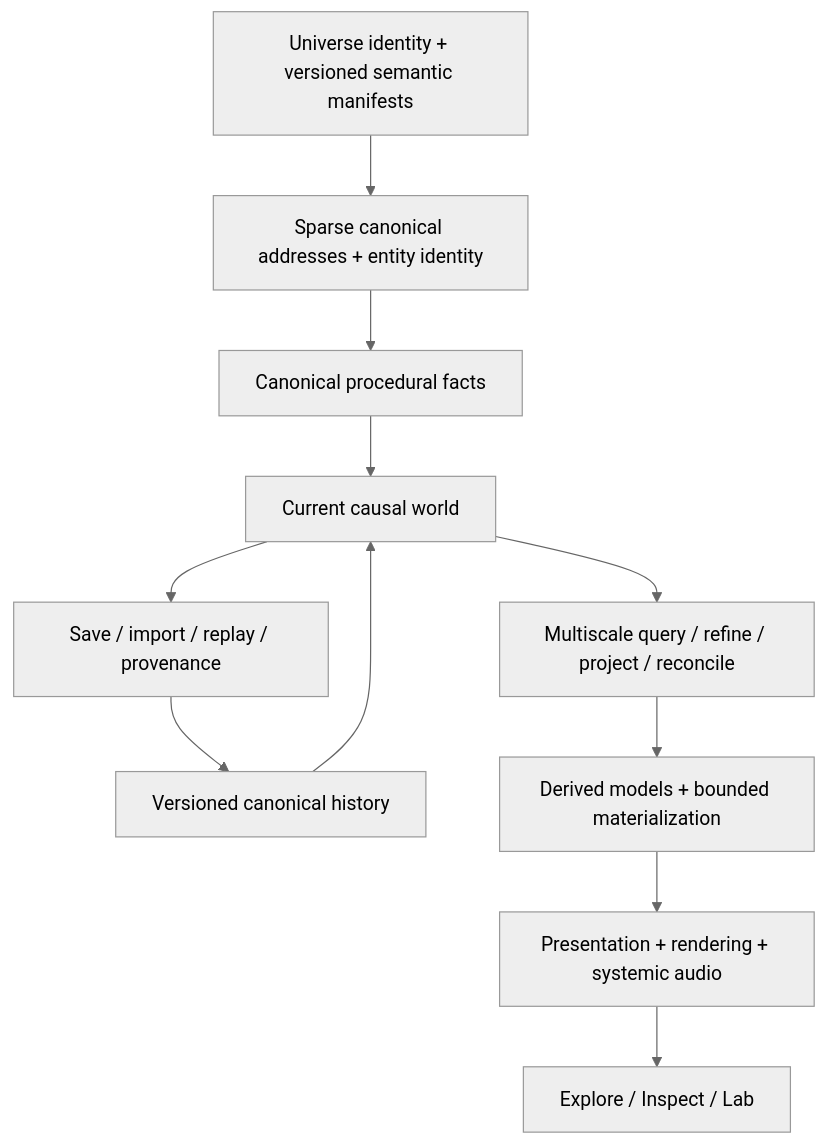
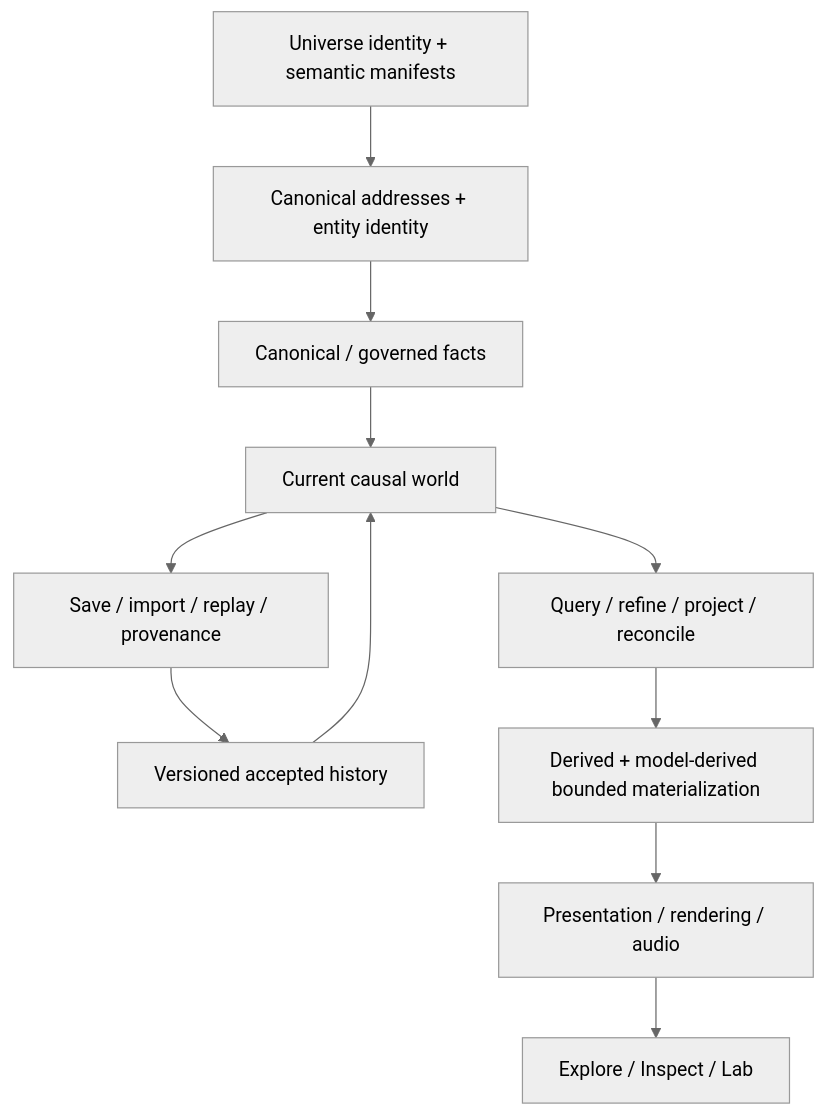
Before and after one commit to VaX1989/One_File_Universe: the diagram in README.md, drawn with Mermaid (neutral theme). The commit also changed other lines of this file, not shown here.

````diff
--- a/README.md
+++ b/README.md
@@ -100,24 +55,24 @@
 ```mermaid
 flowchart TD
-    U["Universe identity + versioned semantic manifests"]
-    A["Sparse canonical addresses + entity identity"]
-    C["Canonical procedural facts"]
-    H["Versioned canonical history"]
+    U["Universe identity + semantic manifests"]
+    A["Canonical addresses + entity identity"]
+    C["Canonical / governed facts"]
+    H["Versioned accepted history"]
     W["Current causal world"]
-    Q["Multiscale query / refine / project / reconcile"]
-    M["Derived models + bounded materialization"]
-    P["Presentation + rendering + systemic audio"]
+    Q["Query / refine / project / reconcile"]
+    M["Derived + model-derived bounded materialization"]
+    P["Presentation / rendering / audio"]
     X["Explore / Inspect / Lab"]
     S["Save / import / replay / provenance"]
 
     U --> A
     A --> C
     C --> W
     H --> W
     W --> Q
     Q --> M
     M --> P
     P --> X
     W --> S
     S --> H
 ```
````
